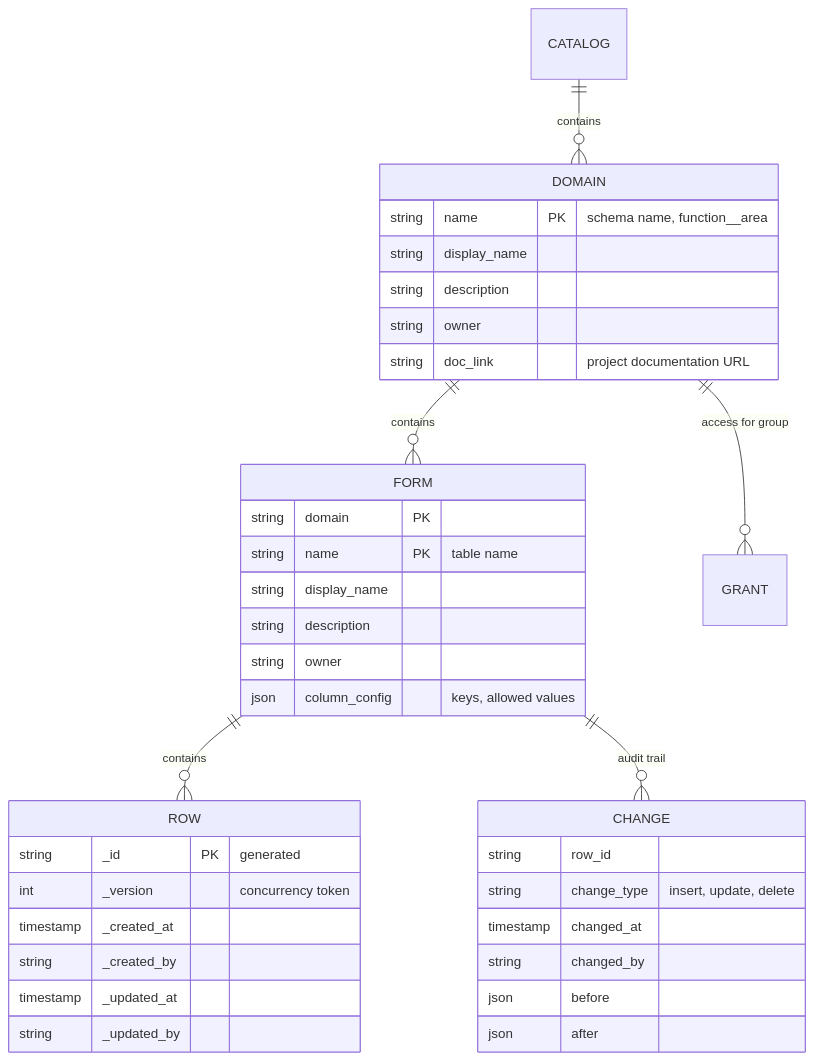
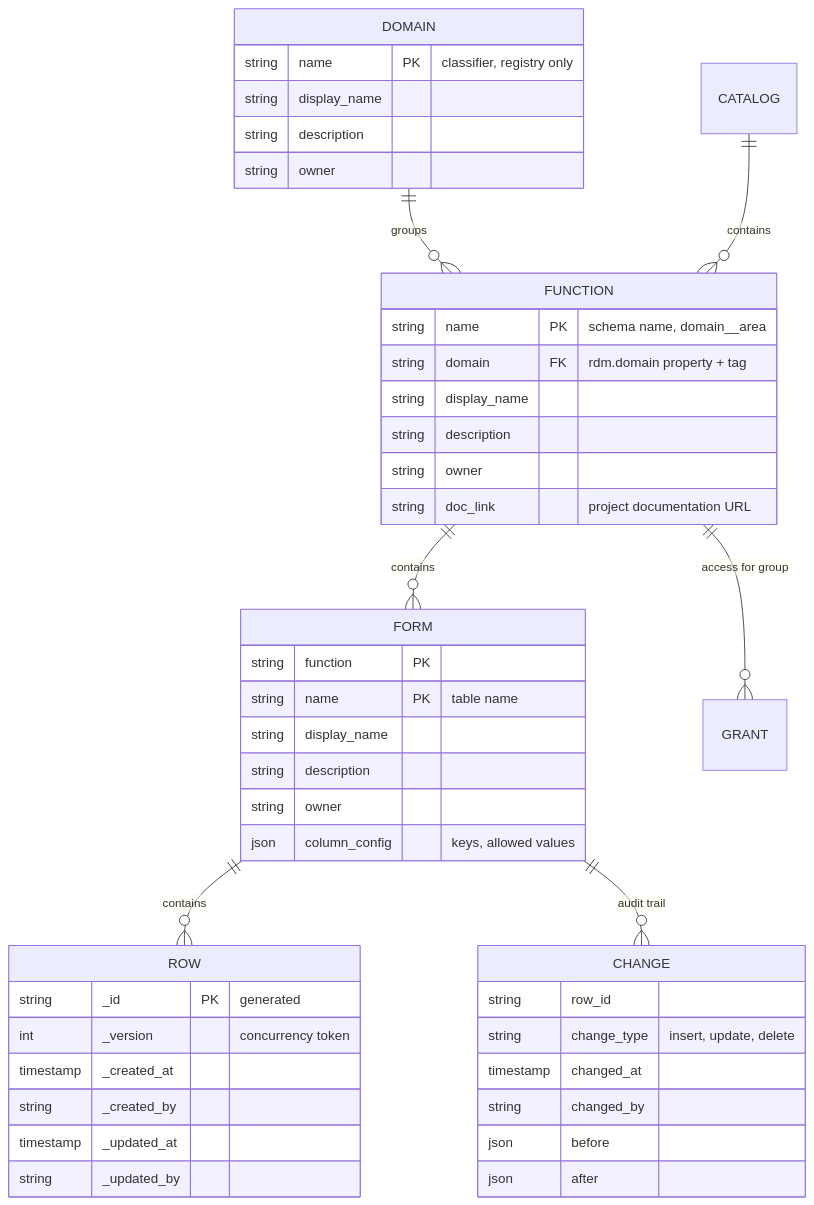
Before and after one commit to roanboc/dbx-reference-data-manager: the fourth of 5 diagrams in docs/FUNCTIONAL_DESIGN.md, drawn with Mermaid. The commit also changed other lines of this file and 48 other files, not shown here.

````diff
--- a/docs/FUNCTIONAL_DESIGN.md
+++ b/docs/FUNCTIONAL_DESIGN.md
@@ -226,39 +270,47 @@
 ```mermaid
 erDiagram
-    CATALOG ||--o{ DOMAIN : contains
-    DOMAIN ||--o{ FORM : contains
+    DOMAIN ||--o{ FUNCTION : groups
+    CATALOG ||--o{ FUNCTION : contains
+    FUNCTION ||--o{ FORM : contains
     FORM ||--o{ ROW : contains
-    DOMAIN ||--o{ GRANT : "access for group"
+    FUNCTION ||--o{ GRANT : "access for group"
     FORM ||--o{ CHANGE : "audit trail"
     DOMAIN {
-        string name PK "schema name, function__area"
+        string name PK "classifier, registry only"
+        string display_name
+        string description
+        string owner
+    }
+    FUNCTION {
+        string name PK "schema name, domain__area"
+        string domain FK "rdm.domain property + tag"
         string display_name
         string description
         string owner
         string doc_link "project documentation URL"
     }
     FORM {
-        string domain PK
+        string function PK
         string name PK "table name"
         string display_name
         string description
         string owner
         json column_config "keys, allowed values"
     }
     ROW {
         string _id PK "generated"
         int _version "concurrency token"
         timestamp _created_at
         string _created_by
         timestamp _updated_at
         string _updated_by
     }
     CHANGE {
         string row_id
         string change_type "insert, update, delete"
         timestamp changed_at
         string changed_by
         json before
         json after
     }
 ```
````
